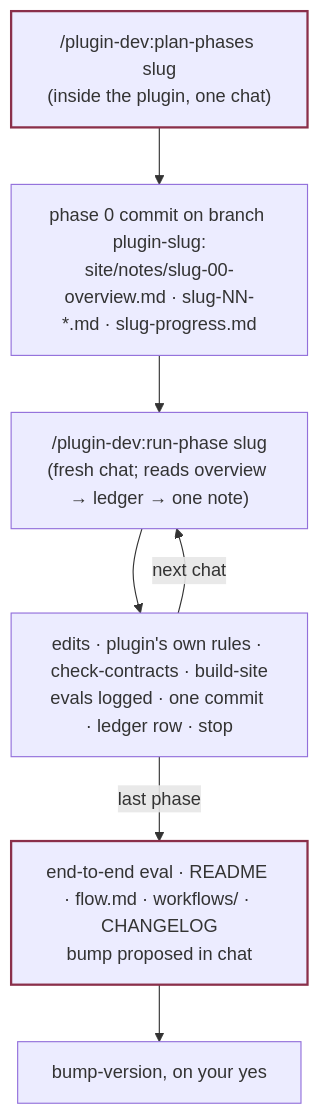
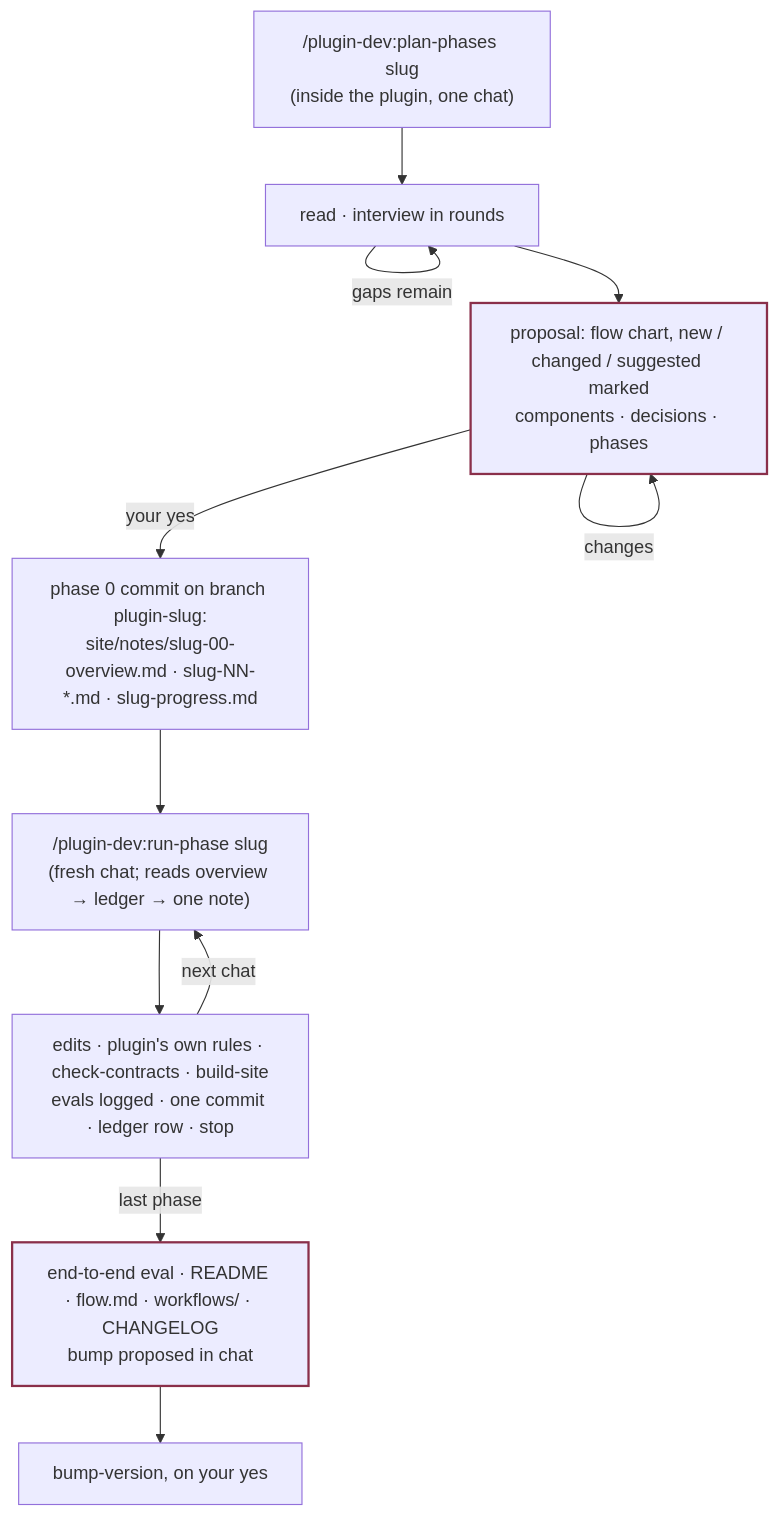
One commit to cott435/cott-plugins changed the diagram in plugin-dev/site/workflows/phased-change.md. Above: the diagram before and after it, drawn with Mermaid. The commit also changed other lines of this file and 6 other files, not shown here.

First line of the commit message:
plugin-dev: plan-phases interviews in rounds and waits for approval of a flow-chart proposal

````diff
--- a/plugin-dev/site/workflows/phased-change.md
+++ b/plugin-dev/site/workflows/phased-change.md
@@ -7,11 +7,15 @@
 ```mermaid
 flowchart TD
-  P["/plugin-dev:plan-phases slug<br/>(inside the plugin, one chat)"] --> Z["phase 0 commit on branch plugin-slug:<br/>site/notes/slug-00-overview.md · slug-NN-*.md · slug-progress.md"]
+  P["/plugin-dev:plan-phases slug<br/>(inside the plugin, one chat)"] --> I["read · interview in rounds"]
+  I -->|gaps remain| I
+  I --> A["proposal: flow chart, new / changed / suggested marked<br/>components · decisions · phases"]
+  A -->|changes| A
+  A -->|your yes| Z["phase 0 commit on branch plugin-slug:<br/>site/notes/slug-00-overview.md · slug-NN-*.md · slug-progress.md"]
   Z --> R["/plugin-dev:run-phase slug<br/>(fresh chat; reads overview → ledger → one note)"]
   R --> E["edits · plugin's own rules · check-contracts · build-site<br/>evals logged · one commit · ledger row · stop"]
   E -->|next chat| R
   E -->|last phase| B["end-to-end eval · README · flow.md · workflows/ · CHANGELOG<br/>bump proposed in chat"]
   B --> V["bump-version, on your yes"]
   classDef stop stroke:#8a2f4a,stroke-width:2px;
-  class P,B stop;
+  class A,B stop;
 ```
````
